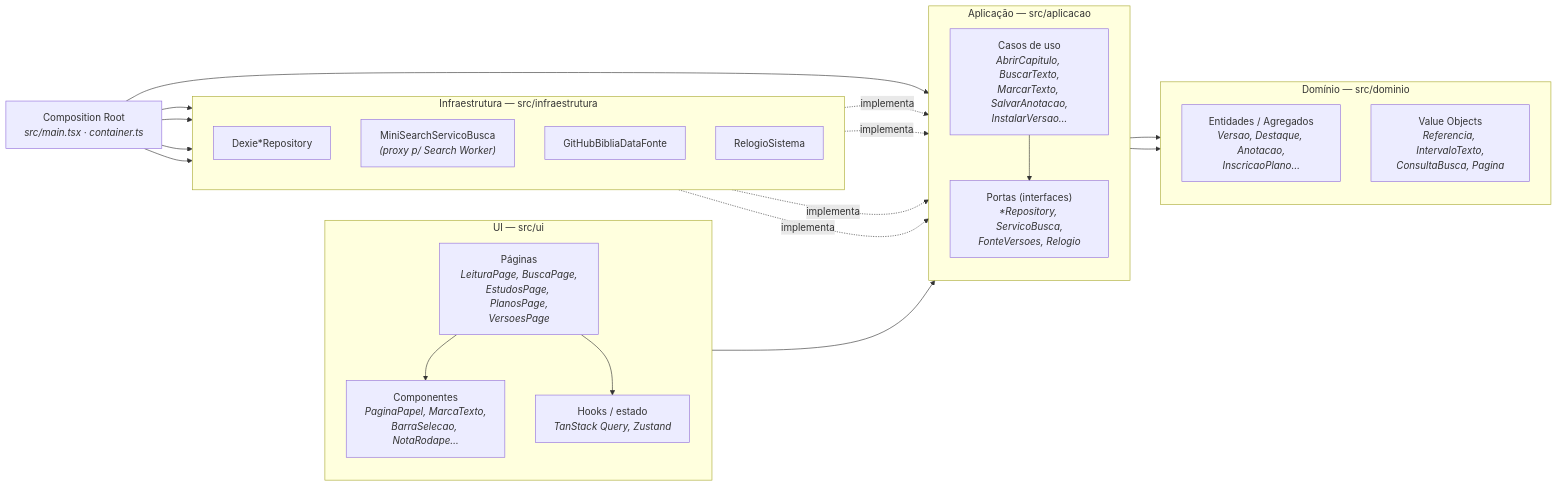
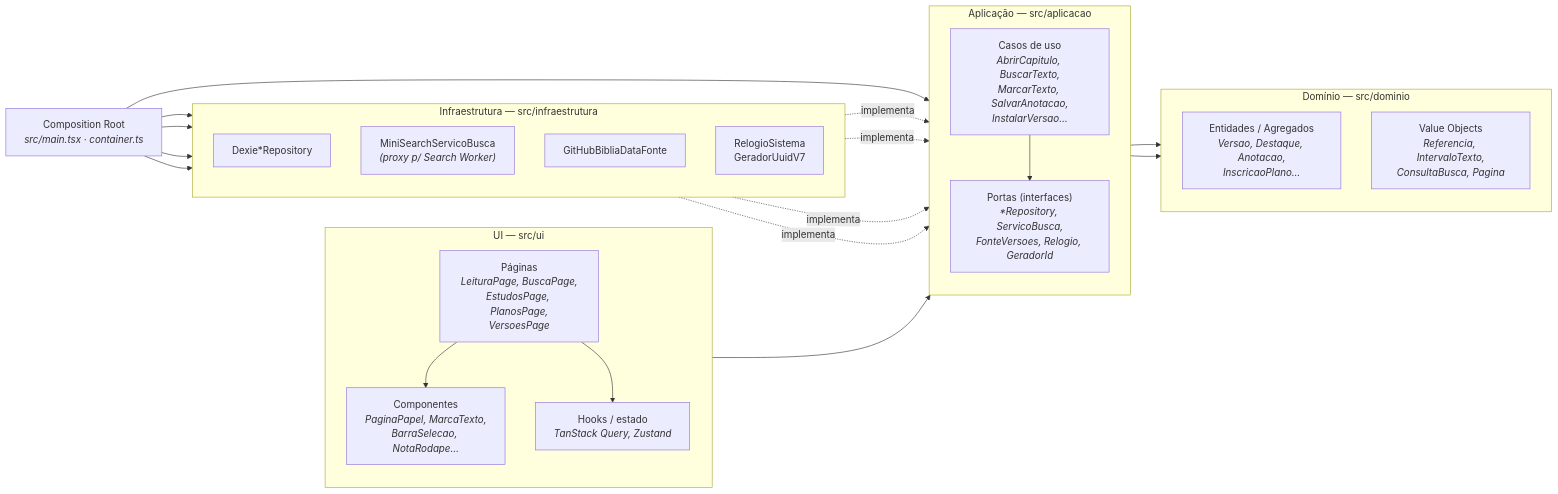
One commit to edioilha/biblia-app changed the third of 7 diagrams in docs/06-arquitetura.md. Above: the diagram before and after it, drawn with Mermaid. The commit also changed other lines of this file and 5 other files, not shown here.

````diff
--- a/docs/06-arquitetura.md
+++ b/docs/06-arquitetura.md
@@ -82,44 +82,44 @@
 ```mermaid
 flowchart LR
     subgraph ui["UI — src/ui"]
         direction TB
         paginas["Páginas<br/><i>LeituraPage, BuscaPage,<br/>EstudosPage, PlanosPage,<br/>VersoesPage</i>"]
         comps["Componentes<br/><i>PaginaPapel, MarcaTexto,<br/>BarraSelecao, NotaRodape…</i>"]
         hooks["Hooks / estado<br/><i>TanStack Query, Zustand</i>"]
     end
 
     subgraph app["Aplicação — src/aplicacao"]
         direction TB
         uc["Casos de uso<br/><i>AbrirCapitulo, BuscarTexto,<br/>MarcarTexto, SalvarAnotacao,<br/>InstalarVersao…</i>"]
-        portas["Portas (interfaces)<br/><i>*Repository, ServicoBusca,<br/>FonteVersoes, Relogio</i>"]
+        portas["Portas (interfaces)<br/><i>*Repository, ServicoBusca,<br/>FonteVersoes, Relogio, GeradorId</i>"]
     end
 
     subgraph dom["Domínio — src/dominio"]
         direction TB
         ent["Entidades / Agregados<br/><i>Versao, Destaque, Anotacao,<br/>InscricaoPlano…</i>"]
         vo["Value Objects<br/><i>Referencia, IntervaloTexto,<br/>ConsultaBusca, Pagina</i>"]
     end
 
     subgraph infra["Infraestrutura — src/infraestrutura"]
         direction TB
         dexie["Dexie*Repository"]
         busca["MiniSearchServicoBusca<br/><i>(proxy p/ Search Worker)</i>"]
         fonte["GitHubBibliaDataFonte"]
-        relogio["RelogioSistema"]
+        relogio["RelogioSistema<br/>GeradorUuidV7"]
     end
 
     comp_root["Composition Root<br/><i>src/main.tsx · container.ts</i>"]
 
     paginas --> comps
     paginas --> hooks
     hooks --> uc
     uc --> ent
     uc --> vo
     uc --> portas
     dexie -. "implementa" .-> portas
     busca -. "implementa" .-> portas
     fonte -. "implementa" .-> portas
     relogio -. "implementa" .-> portas
     comp_root --> dexie & busca & fonte & relogio
     comp_root --> uc
 ```
````
